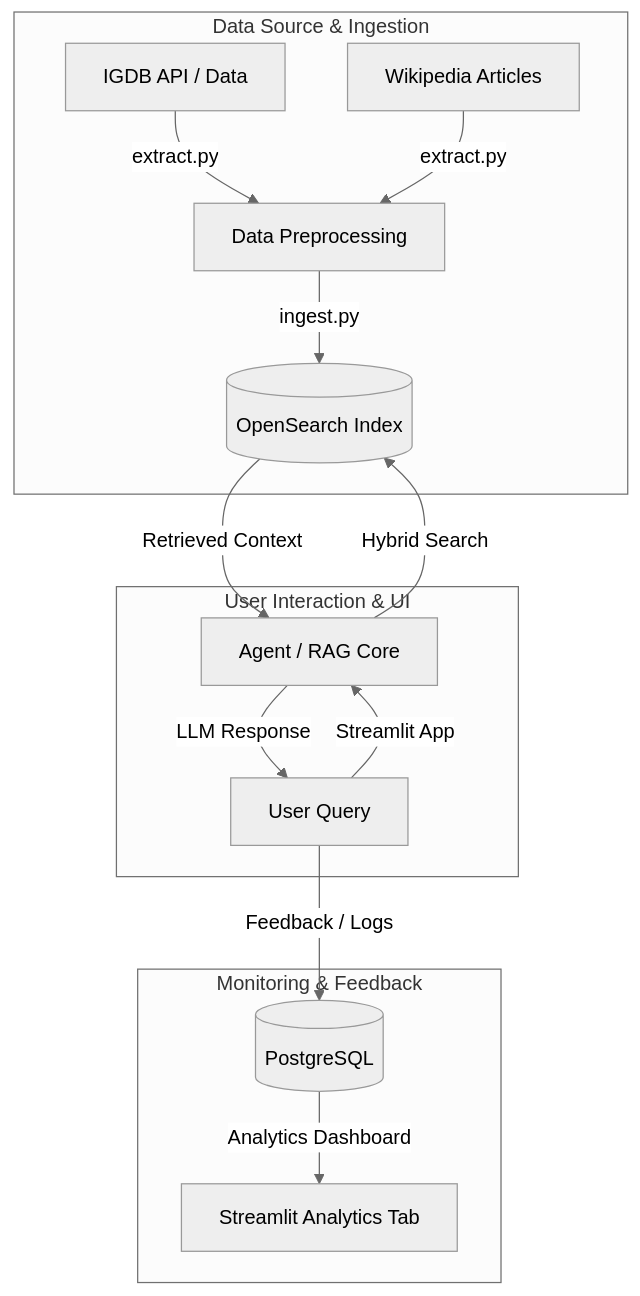
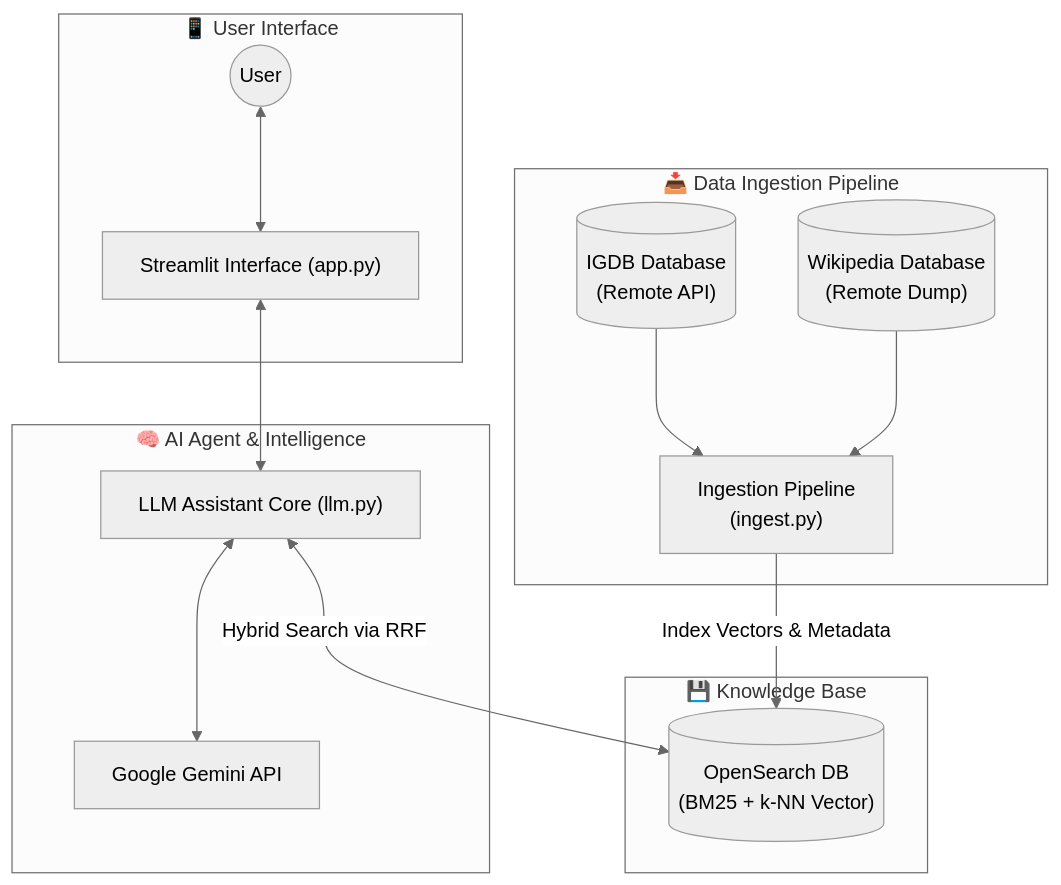
One commit to pedro-cardoso16/video-game-knowledge-assistant changed the first of 5 diagrams in README.md. Above: the diagram before and after it, drawn with Mermaid (neutral theme). The commit also changed other lines of this file, not shown here.

````diff
--- a/README.md
+++ b/README.md
@@ -99,20 +98,21 @@
 ```mermaid
 flowchart TD
-    subgraph Data Source & Ingestion
-        A[IGDB API / Data] -->|extract.py| C[Data Preprocessing]
-        B[Wikipedia Articles] -->|extract.py| C
-        C -->|ingest.py| D[(OpenSearch Index)]
+    subgraph UI ["📱 User Interface"]
+        User((User)) <--> App["Streamlit Interface (app.py)"]
     end
 
-    subgraph User Interaction & UI
-        E[User Query] -->|Streamlit App| F[Agent / RAG Core]
-        F -->|Hybrid Search| D
-        D -->|Retrieved Context| F
-        F -->|LLM Response| E
+    subgraph AgentCore ["🧠 AI Agent & Intelligence"]
+        App <--> Assistant["LLM Assistant Core (llm.py)"]
+        Assistant <--> LLM["Google Gemini API"]
     end
 
-    subgraph Monitoring & Feedback
-        E -->|Feedback / Logs| G[(PostgreSQL)]
-        G -->|Analytics Dashboard| H[Streamlit Analytics Tab]
+    subgraph DataPipeline ["📥 Data Ingestion Pipeline"]
+        IGDB[("IGDB Database\n(Remote API)")] --> Ingest["Ingestion Pipeline\n(ingest.py)"]
+        Wiki[("Wikipedia Database\n(Remote Dump)")] --> Ingest
+    end
+
+    subgraph Storage ["💾 Knowledge Base"]
+        Ingest -->|Index Vectors & Metadata| OpenSearch[("OpenSearch DB\n(BM25 + k-NN Vector)")]
+        Assistant <-->|Hybrid Search via RRF| OpenSearch
     end
 ```
````
